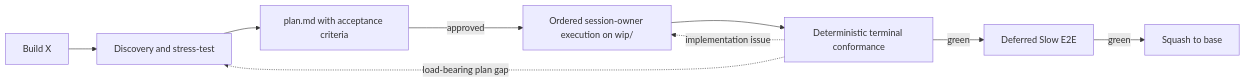
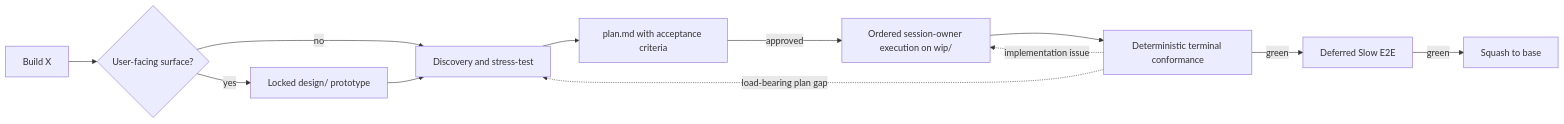
The diagram in README.md (babymum7/gsd), drawn with Mermaid before and after one commit. The commit also changed other lines of this file and 27 other files, not shown here.

````diff
--- a/README.md
+++ b/README.md
@@ -44,11 +44,14 @@
 ```mermaid
 flowchart LR
-    U["Build X"] --> B[Discovery and stress-test]
+    U["Build X"] --> D{User-facing surface?}
+    D -->|yes| Y[Locked design/ prototype]
+    D -->|no| B[Discovery and stress-test]
+    Y --> B
     B --> P[plan.md with acceptance criteria]
     P -->|approved| E[Ordered session-owner execution on wip/]
     E --> V[Deterministic terminal conformance]
     V -->|green| S[Deferred Slow E2E]
     S -->|green| M[Squash to base]
     V -.implementation issue.-> E
     V -.load-bearing plan gap.-> B
 ```
````
